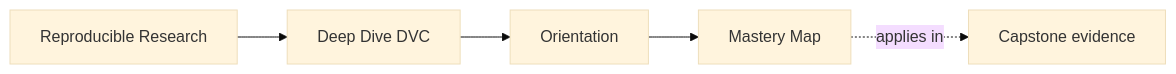
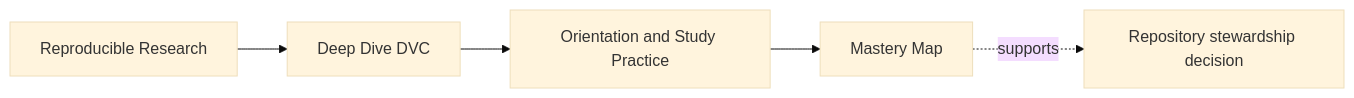
One commit to bijux/bijux-masterclass changed the first of 3 diagrams in programs/reproducible-research/deep-dive-dvc/course-book/module-00-orientation/mastery-map.md. Above: the diagram before and after it, drawn with Mermaid (base theme). The commit also changed other lines of this file, not shown here.

Commit message:
docs(dvc): make mastery a stewardship decision

````diff
--- a/programs/reproducible-research/deep-dive-dvc/course-book/module-00-orientation/mastery-map.md
+++ b/programs/reproducible-research/deep-dive-dvc/course-book/module-00-orientation/mastery-map.md
@@ -6,11 +6,11 @@
 ```mermaid
 graph LR
   family["Reproducible Research"]
   program["Deep Dive DVC"]
-  section["Orientation"]
+  section["Orientation and Study Practice"]
   page["Mastery Map"]
-  capstone["Capstone evidence"]
+  outcome["Repository stewardship decision"]
 
   family --> program --> section --> page
-  page -.applies in.-> capstone
+  page -.supports.-> outcome
 ```
````
